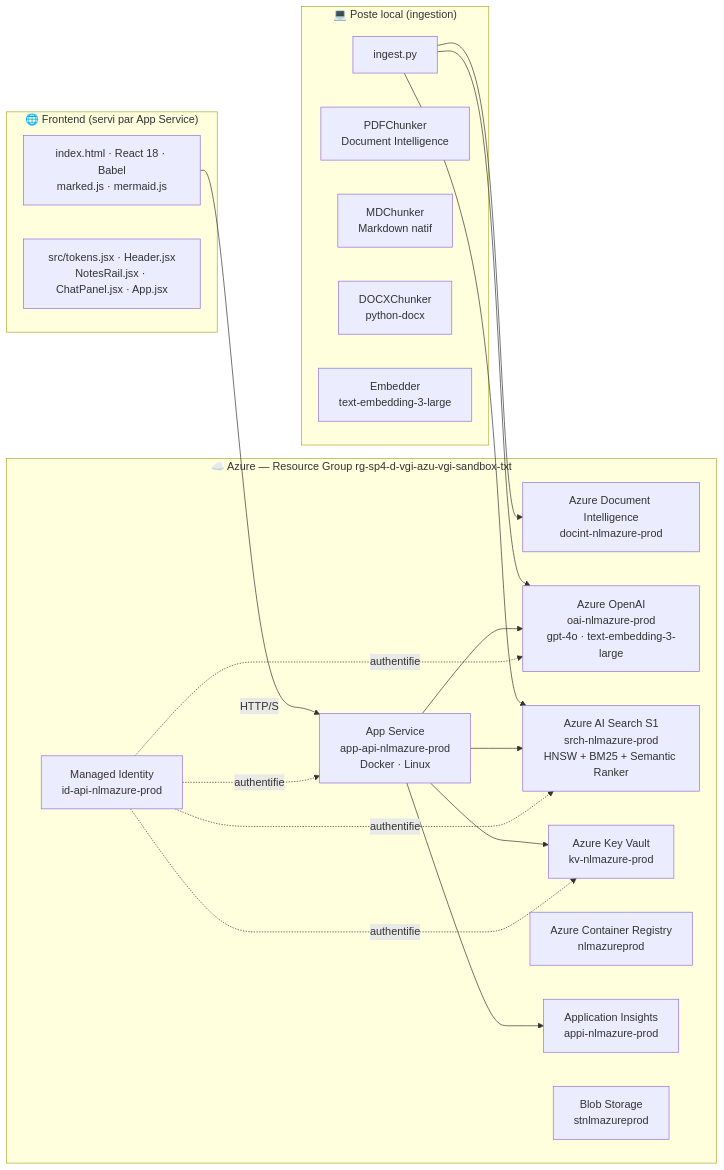
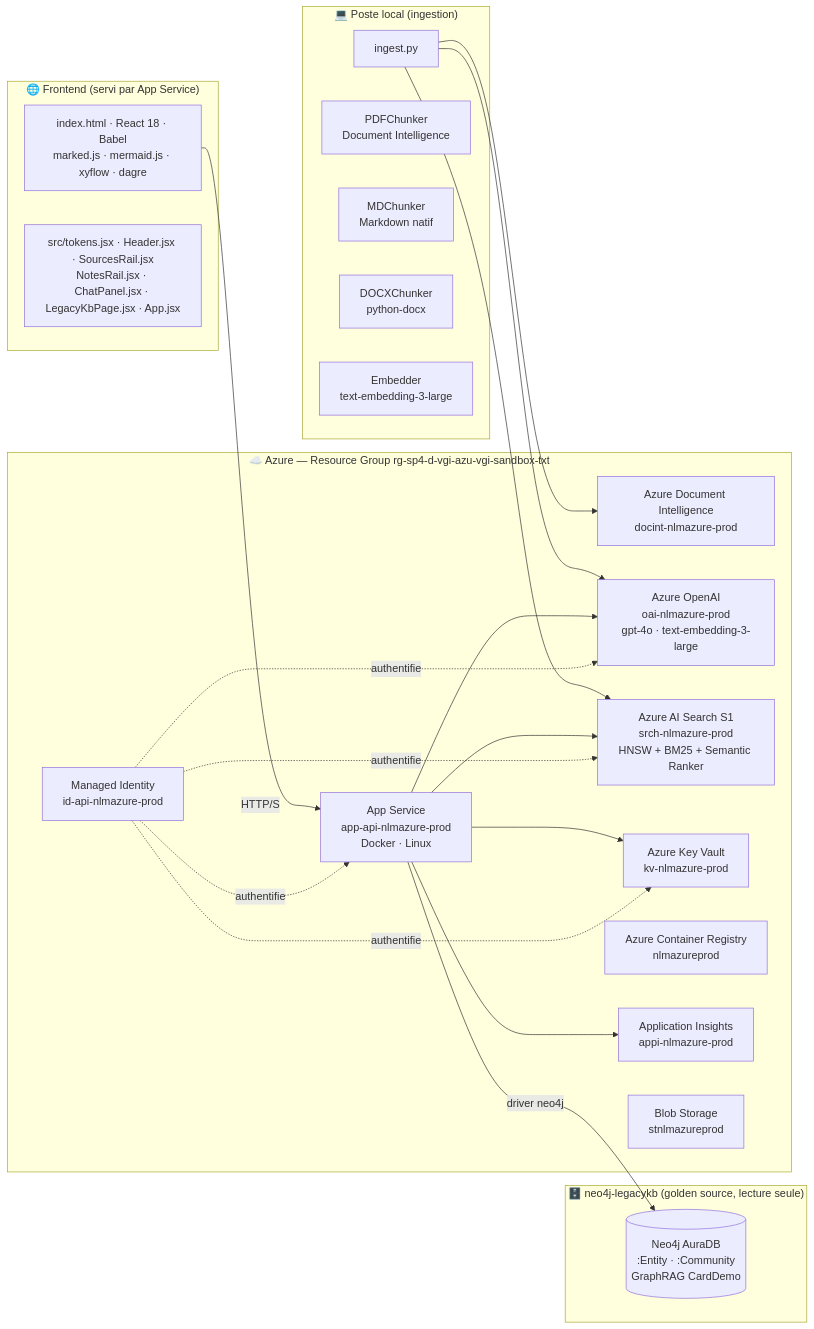
The second of 14 diagrams in ARCHITECTURE.md (vgicquiau/notebooklm-azure), drawn with Mermaid before and after one commit. The commit also changed other lines of this file and 1 other file, not shown here.

First line of the commit message:
docs: architecture et specs pour l'exploration Legacy KB

````diff
--- a/ARCHITECTURE.md
+++ b/ARCHITECTURE.md
@@ -117,41 +116,46 @@
 ```mermaid
 flowchart LR
     subgraph local["💻 Poste local (ingestion)"]
         I[ingest.py]
         C1[PDFChunker\nDocument Intelligence]
         C2[MDChunker\nMarkdown natif]
         C3[DOCXChunker\npython-docx]
         E[Embedder\ntext-embedding-3-large]
     end
 
     subgraph azure["☁️ Azure — Resource Group rg-sp4-d-vgi-azu-vgi-sandbox-txt"]
         DI[Azure Document Intelligence\ndocint-nlmazure-prod]
         OAI[Azure OpenAI\noai-nlmazure-prod\ngpt-4o · text-embedding-3-large]
         SRCH[Azure AI Search S1\nsrch-nlmazure-prod\nHNSW + BM25 + Semantic Ranker]
         KV[Azure Key Vault\nkv-nlmazure-prod]
         ACR[Azure Container Registry\nnlmazureprod]
         APP[App Service\napp-api-nlmazure-prod\nDocker · Linux]
         APPI[Application Insights\nappi-nlmazure-prod]
         ST[Blob Storage\nstnlmazureprod]
         MI[Managed Identity\nid-api-nlmazure-prod]
     end
 
     subgraph frontend["🌐 Frontend (servi par App Service)"]
-        UI[index.html · React 18 · Babel\nmarked.js · mermaid.js]
-        SRC[src/tokens.jsx · Header.jsx\nNotesRail.jsx · ChatPanel.jsx · App.jsx]
+        UI[index.html · React 18 · Babel\nmarked.js · mermaid.js · xyflow · dagre]
+        SRC[src/tokens.jsx · Header.jsx · SourcesRail.jsx\nNotesRail.jsx · ChatPanel.jsx · LegacyKbPage.jsx · App.jsx]
+    end
+
+    subgraph legacy["🗄️ neo4j-legacykb (golden source, lecture seule)"]
+        NEO[(Neo4j AuraDB\n:Entity · :Community\nGraphRAG CardDemo)]
     end
 
     I --> DI
     I --> OAI
     I --> SRCH
 
     UI -->|HTTP/S| APP
     APP --> OAI
     APP --> SRCH
     APP --> KV
     APP --> APPI
+    APP -->|driver neo4j| NEO
     MI -.->|authentifie| APP
     MI -.->|authentifie| OAI
     MI -.->|authentifie| SRCH
     MI -.->|authentifie| KV
 ```
````
